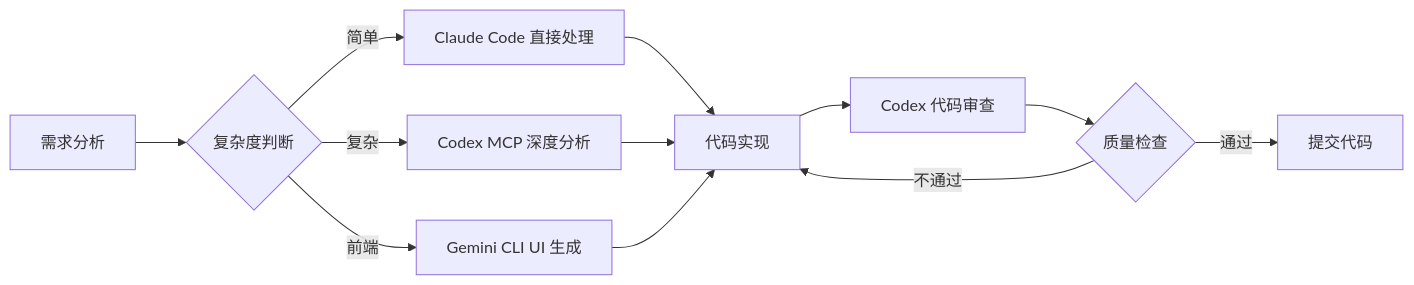
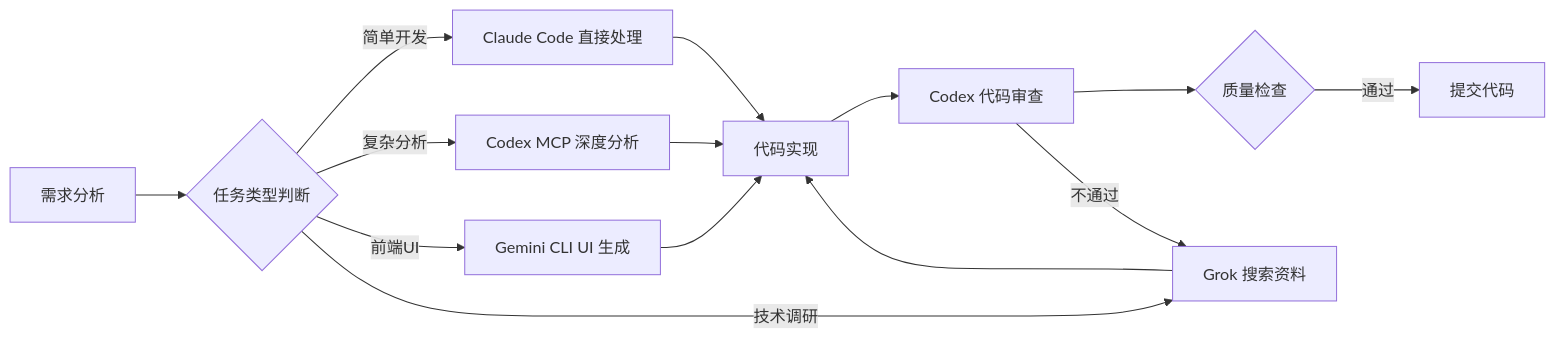
The second of 3 diagrams in content/591/2026-01-27 业务思考/土地业务价值分析与 AI 实践工作流.md (summerKK/my-notes), drawn with Mermaid before and after one commit. The commit also changed other lines of this file, not shown here.

Commit message:
Sync content from Knowledge repo: 2026-02-02 09:27:38

````diff
--- a/content/591/2026-01-27 业务思考/土地业务价值分析与 AI 实践工作流.md
+++ b/content/591/2026-01-27 业务思考/土地业务价值分析与 AI 实践工作流.md
@@ -301,16 +310,18 @@
 ```mermaid
 graph LR
-    A[需求分析] --> B{复杂度判断}
-    B -->|简单| C[Claude Code 直接处理]
-    B -->|复杂| D[Codex MCP 深度分析]
-    B -->|前端| E[Gemini CLI UI 生成]
+    A[需求分析] --> B{任务类型判断}
+    B -->|简单开发| C[Claude Code 直接处理]
+    B -->|复杂分析| D[Codex MCP 深度分析]
+    B -->|前端UI| E[Gemini CLI UI 生成]
+    B -->|技术调研| F[Grok 搜索资料]
 
-    C --> F[代码实现]
-    D --> F
-    E --> F
+    C --> G[代码实现]
+    D --> G
+    E --> G
+    F --> G
 
-    F --> G[Codex 代码审查]
-    G --> H{质量检查}
-    H -->|通过| I[提交代码]
+    G --> H[Codex 代码审查]
+    H --> I{质量检查}
+    I -->|通过| J[提交代码]
     H -->|不通过| F
 ```
````
